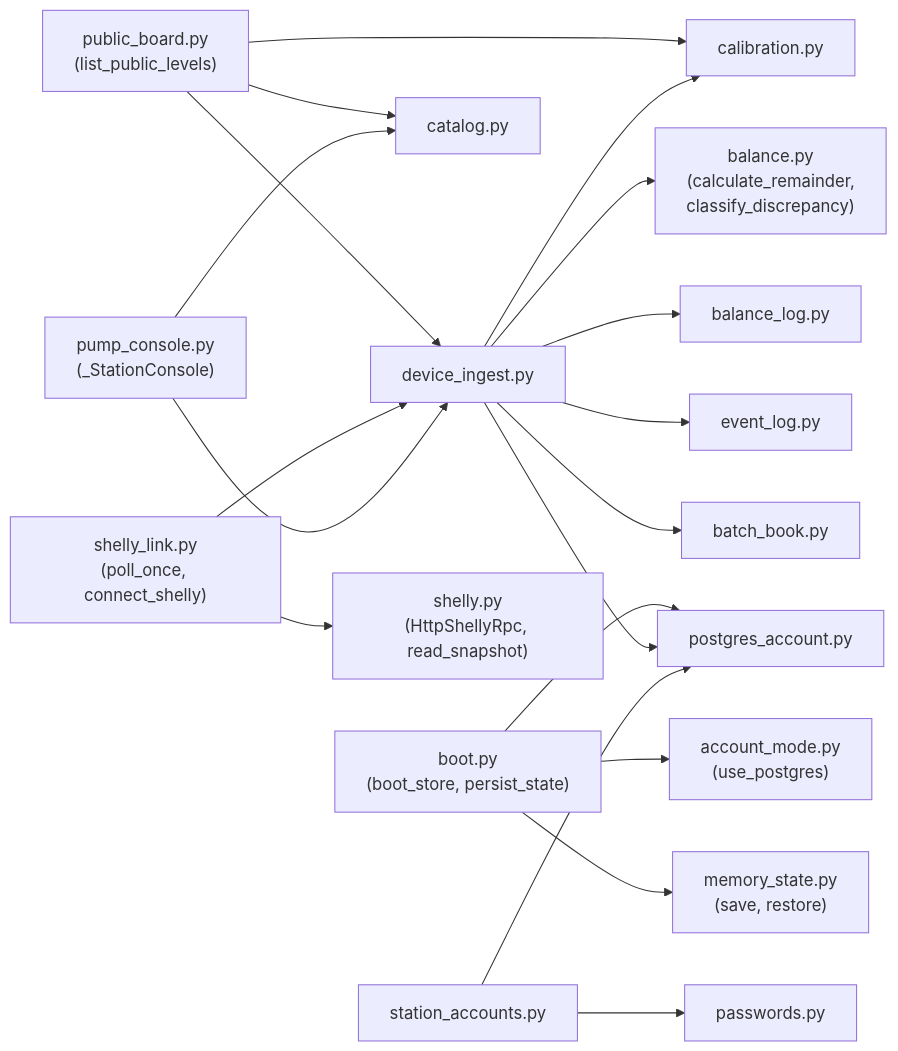
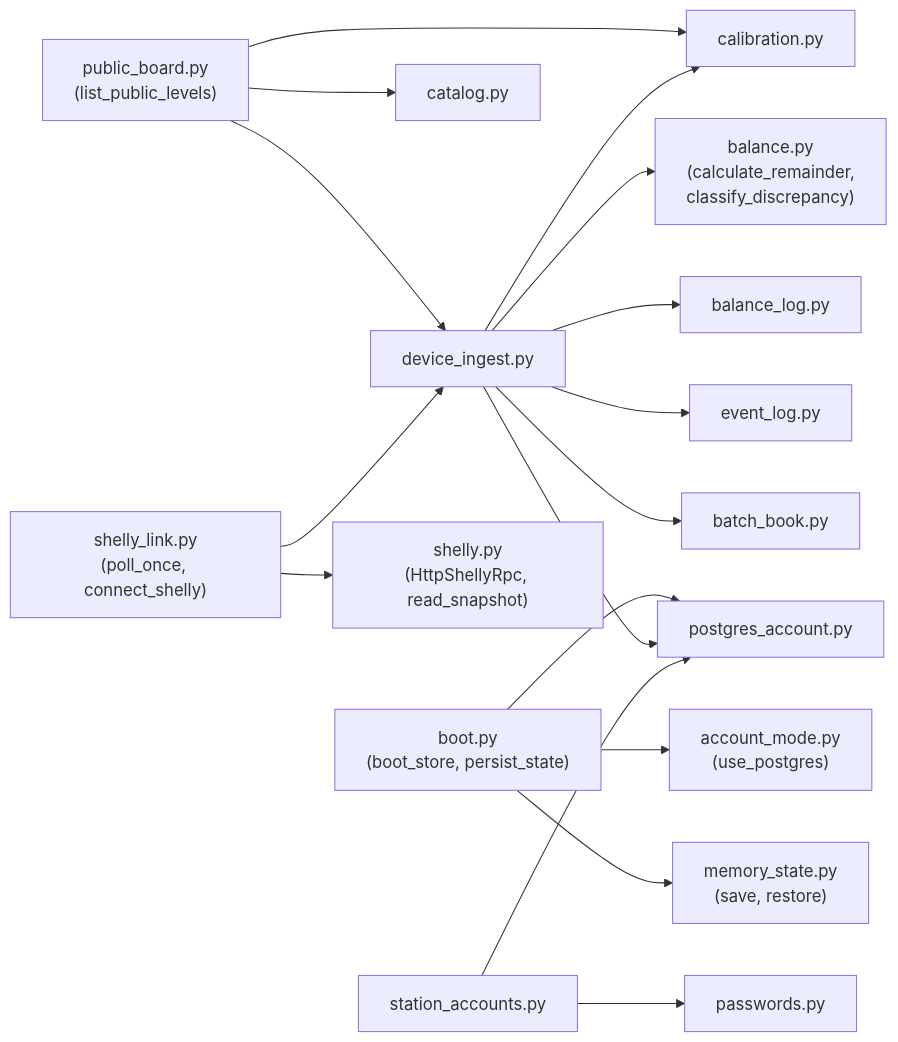
Before and after one commit to ed-baer97/day: the second of 2 diagrams in project_graph_and_audit.md, drawn with Mermaid. The commit also changed other lines of this file and 76 other files, not shown here.

````diff
--- a/project_graph_and_audit.md
+++ b/project_graph_and_audit.md
@@ -72,26 +65,23 @@
 ```mermaid
 flowchart LR
     boot["boot.py\n(boot_store, persist_state)"] --> account_mode["account_mode.py\n(use_postgres)"]
     boot --> memory_state["memory_state.py\n(save, restore)"]
     boot --> postgres_account["postgres_account.py"]
 
     public_board["public_board.py\n(list_public_levels)"] --> catalog["catalog.py"]
     public_board --> device_ingest["device_ingest.py"]
     public_board --> calibration["calibration.py"]
 
     shelly_link["shelly_link.py\n(poll_once, connect_shelly)"] --> shelly["shelly.py\n(HttpShellyRpc, read_snapshot)"]
     shelly_link --> device_ingest
 
     device_ingest --> calibration
     device_ingest --> balance["balance.py\n(calculate_remainder,\nclassify_discrepancy)"]
     device_ingest --> balance_log["balance_log.py"]
     device_ingest --> event_log["event_log.py"]
     device_ingest --> batch_book["batch_book.py"]
     device_ingest --> postgres_account
 
-    pump_console["pump_console.py\n(_StationConsole)"] --> catalog
-    pump_console --> device_ingest
-
     station_accounts["station_accounts.py"] --> passwords["passwords.py"]
     station_accounts --> postgres_account
 ```
````
